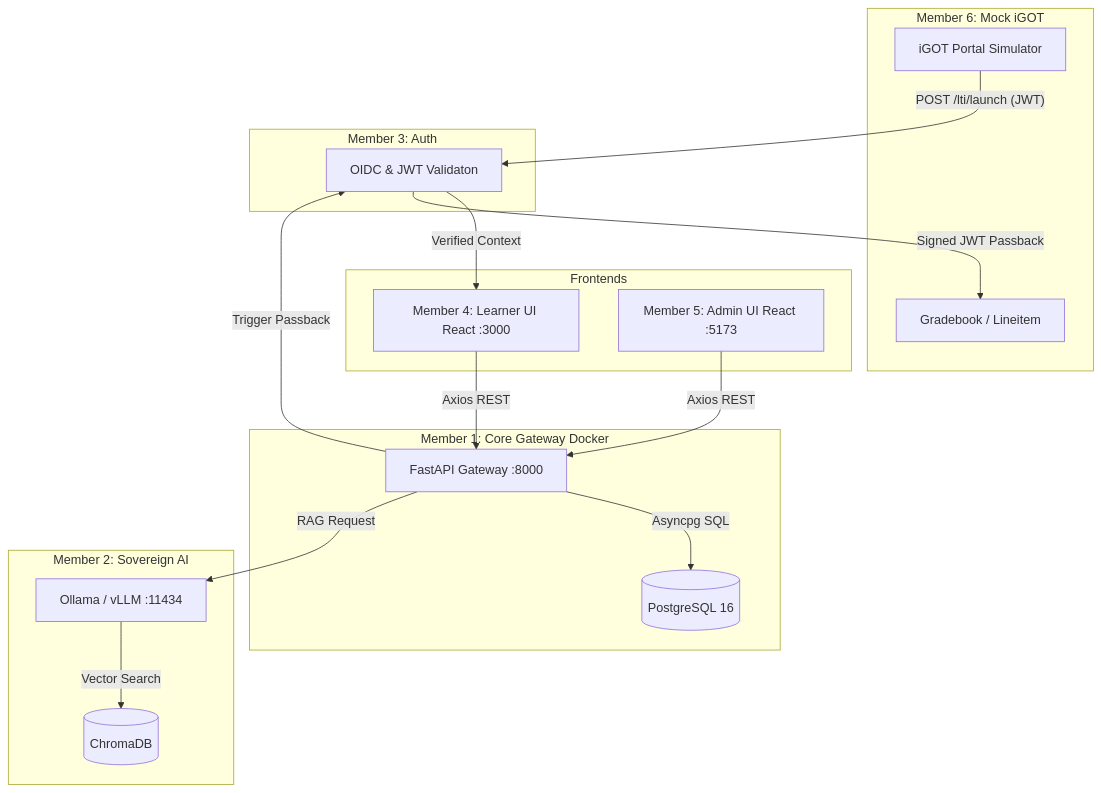
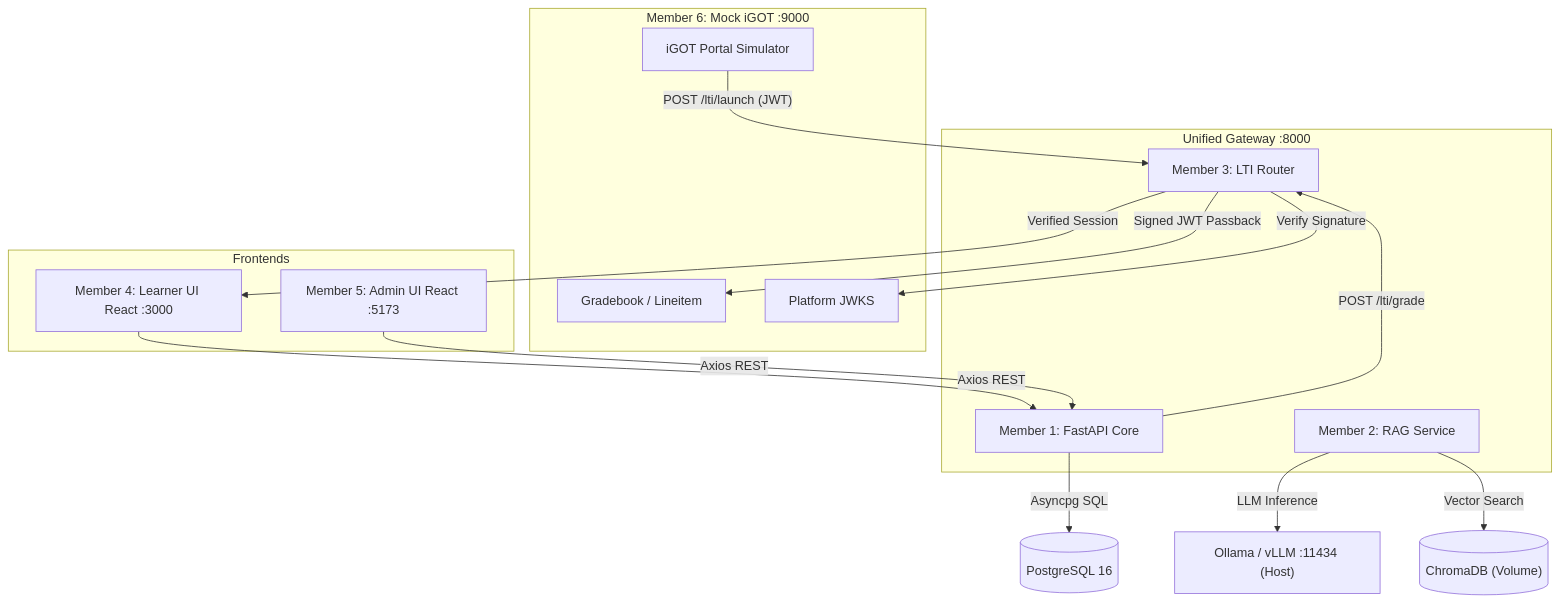
Before and after one commit to PRIYASH-SINGH/KarmMitra-AI: the diagram in docs/06_Architecture.md, drawn with Mermaid. The commit also changed other lines of this file and 12 other files, not shown here.

Commit message:
feat: unified monorepo integration — mount LTI, RAG, and Mock iGOT into single gateway

````diff
--- a/docs/06_Architecture.md
+++ b/docs/06_Architecture.md
@@ -7,45 +7,41 @@
 ```mermaid
 graph TD
     %% Member 6 (Mock iGOT Platform)
-    subgraph M6 [Member 6: Mock iGOT]
+    subgraph M6 ["Member 6: Mock iGOT :9000"]
         LMS[iGOT Portal Simulator]
         AGS[Gradebook / Lineitem]
+        JWKS_P[Platform JWKS]
     end
 
     %% Members 4 & 5 (Frontend)
     subgraph Frontends
-        M4[Member 4: Learner UI React :3000]
-        M5[Member 5: Admin UI React :5173]
+        M4["Member 4: Learner UI React :3000"]
+        M5["Member 5: Admin UI React :5173"]
     end
 
-    %% Member 1 (Core Backend & DB)
-    subgraph M1 [Member 1: Core Gateway Docker]
-        API[FastAPI Gateway :8000]
-        DB[(PostgreSQL 16)]
+    %% Unified Gateway (Members 1, 2, 3 — single process)
+    subgraph Gateway ["Unified Gateway :8000"]
+        API["Member 1: FastAPI Core"]
+        LTI["Member 3: LTI Router"]
+        RAG["Member 2: RAG Service"]
     end
 
-    %% Member 3 (LTI Security)
-    subgraph M3 [Member 3: Auth]
-        LTI[OIDC & JWT Validaton]
-    end
-
-    %% Member 2 (RAG & AI)
-    subgraph M2 [Member 2: Sovereign AI]
-        VLLM[Ollama / vLLM :11434]
-        CHROMA[(ChromaDB)]
-    end
+    DB[("PostgreSQL 16")]
+    VLLM["Ollama / vLLM :11434 (Host)"]
+    CHROMA[("ChromaDB (Volume)")]
 
     %% Connections
     LMS -- "POST /lti/launch (JWT)" --> LTI
-    LTI -- "Verified Context" --> M4
-    
+    LTI -- "Verified Session" --> M4
+
     M4 -- "Axios REST" --> API
     M5 -- "Axios REST" --> API
-    
+
     API -- "Asyncpg SQL" --> DB
-    API -- "RAG Request" --> VLLM
-    VLLM -- "Vector Search" --> CHROMA
-    
-    API -- "Trigger Passback" --> LTI
+    RAG -- "LLM Inference" --> VLLM
+    RAG -- "Vector Search" --> CHROMA
+
+    LTI -- "Verify Signature" --> JWKS_P
+    API -- "POST /lti/grade" --> LTI
     LTI -- "Signed JWT Passback" --> AGS
 ```
````
